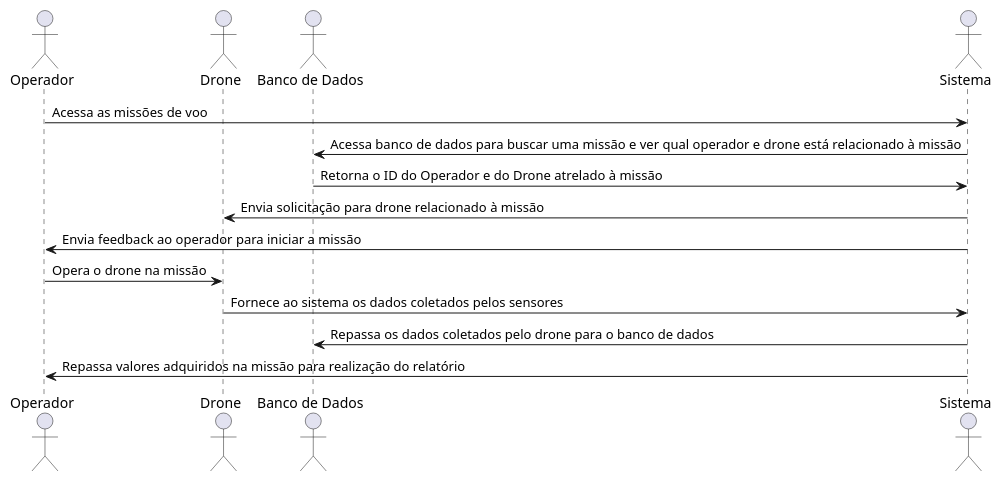
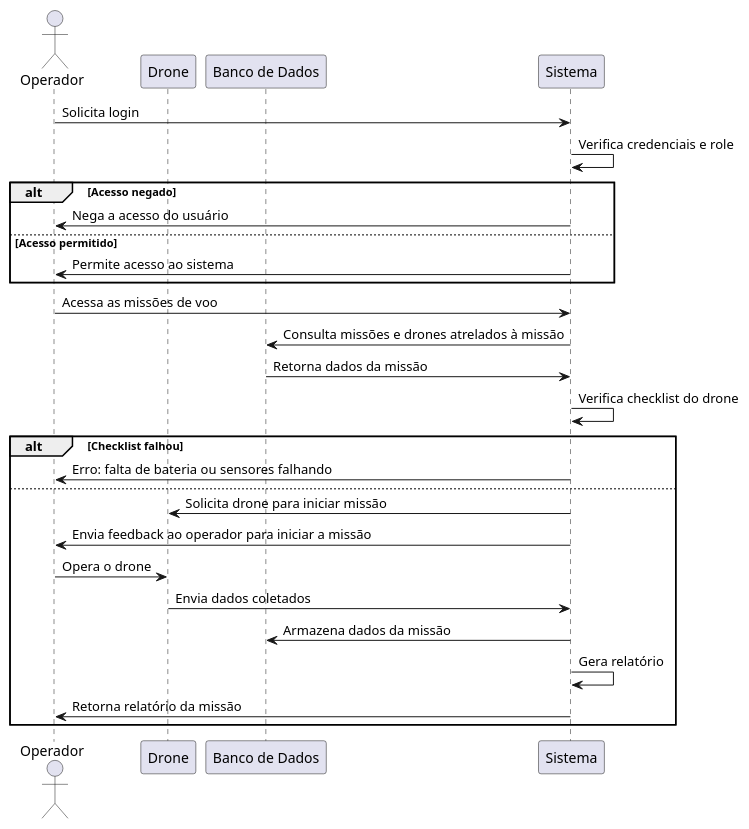
Before and after one commit to JoaoVitorMintz/Trabalho-de-Projeto-de-Software: the diagram in docs/SequenceDiagram.puml, drawn with PlantUML. The commit also changed 4 other files, not shown here.

Commit message:
DIAGRAMA DE CLASSE E DE SEQUENCIA COMPLETOS: Necessário verificar, mas está basicamente feito e completo

```diff
--- a/docs/SequenceDiagram.puml
+++ b/docs/SequenceDiagram.puml
@@ -1,16 +1,32 @@
 @startuml SequenceDiagram
 actor Operador as user
-actor Drone as drone 
-actor "Banco de Dados" as DB
-actor Sistema as sys
+participant Drone as drone 
+participant "Banco de Dados" as DB
+participant Sistema as sys
+
+user -> sys : Solicita login
+sys -> sys : Verifica credenciais e role
+alt Acesso negado
+    sys -> user : Nega a acesso do usuário
+else Acesso permitido
+    sys -> user : Permite acesso ao sistema
+end
 
 user -> sys : Acessa as missões de voo
-sys -> DB : Acessa banco de dados para buscar uma missão e ver qual operador e drone está relacionado à missão
-DB -> sys : Retorna o ID do Operador e do Drone atrelado à missão
-sys -> drone : Envia solicitação para drone relacionado à missão
-sys -> user : Envia feedback ao operador para iniciar a missão
-user -> drone : Opera o drone na missão
-drone -> sys : Fornece ao sistema os dados coletados pelos sensores
-sys -> DB : Repassa os dados coletados pelo drone para o banco de dados
-sys -> user : Repassa valores adquiridos na missão para realização do relatório
+sys -> DB : Consulta missões e drones atrelados à missão
+DB -> sys : Retorna dados da missão
+
+sys -> sys : Verifica checklist do drone
+alt Checklist falhou
+    sys -> user : Erro: falta de bateria ou sensores falhando
+else
+    sys -> drone : Solicita drone para iniciar missão
+    sys -> user : Envia feedback ao operador para iniciar a missão
+    user -> drone : Opera o drone
+    drone -> sys : Envia dados coletados
+    sys -> DB : Armazena dados da missão
+    sys -> sys : Gera relatório
+    sys -> user : Retorna relatório da missão
+end
+
 @enduml
```
